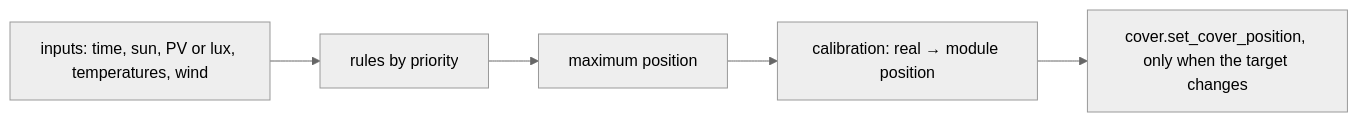
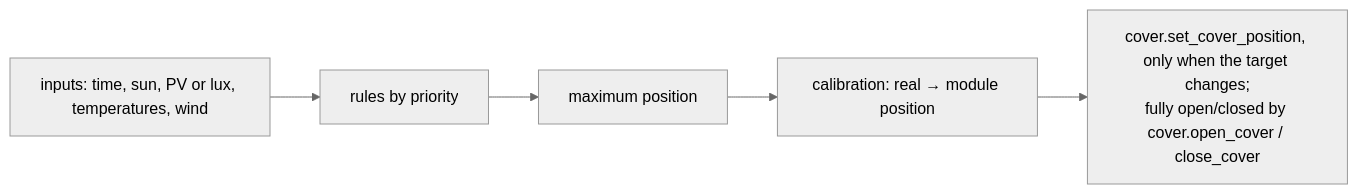
Before and after one commit to abroeders/smart-shutter-control: the first of 2 diagrams in docs/how-it-works.md, drawn with Mermaid (neutral theme). The commit also changed 13 other files, not shown here.

````diff
--- a/docs/how-it-works.md
+++ b/docs/how-it-works.md
@@ -29,7 +29,7 @@
 ```mermaid
 flowchart LR
   I["inputs: time, sun, PV or lux, temperatures, wind"] --> R["rules by priority"]
   R --> L["maximum position"]
   L --> C["calibration: real → module position"]
-  C --> M["cover.set_cover_position, only when the target changes"]
+  C --> M["cover.set_cover_position, only when the target changes;<br/>fully open/closed by cover.open_cover / close_cover"]
 ```
````
